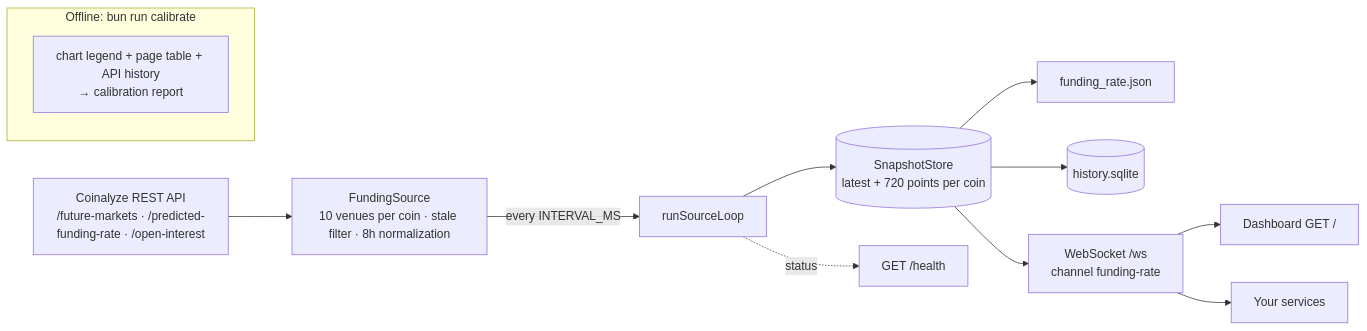
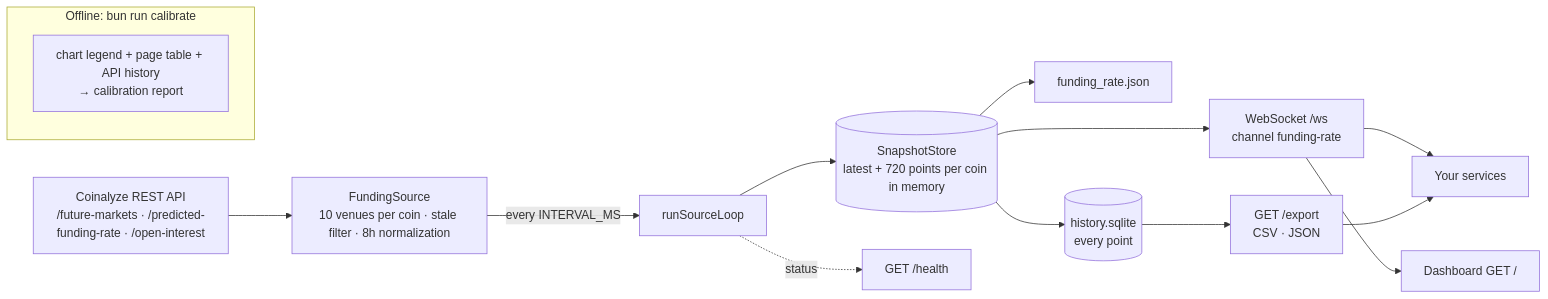
Before and after one commit to tarikcaykara/predicted-funding-aggregator: the diagram in README.md, drawn with Mermaid. The commit also changed other lines of this file and 13 other files, not shown here.

Commit message:
feat: archive every history point and add an authenticated export (#36)

````diff
--- a/README.md
+++ b/README.md
@@ -25,16 +25,18 @@
 ```mermaid
 flowchart LR
   API["Coinalyze REST API<br/>/future-markets · /predicted-funding-rate · /open-interest"]
   API --> SRC["FundingSource<br/>10 venues per coin · stale filter · 8h normalization"]
   SRC -->|every INTERVAL_MS| LOOP[runSourceLoop]
-  LOOP --> STORE[("SnapshotStore<br/>latest + 720 points per coin")]
+  LOOP --> STORE[("SnapshotStore<br/>latest + 720 points per coin in memory")]
   STORE --> FILE[funding_rate.json]
-  STORE --> DB[(history.sqlite)]
+  STORE --> DB[("history.sqlite<br/>every point")]
   STORE --> WS["WebSocket /ws<br/>channel funding-rate"]
+  DB --> EXPORT["GET /export<br/>CSV · JSON"]
   LOOP -. status .-> HEALTH["GET /health"]
   WS --> DASH["Dashboard GET /"]
   WS --> CLIENTS[Your services]
+  EXPORT --> CLIENTS
   subgraph offline ["Offline: bun run calibrate"]
     CAL["chart legend + page table + API history<br/>→ calibration report"]
   end
 ```
````
